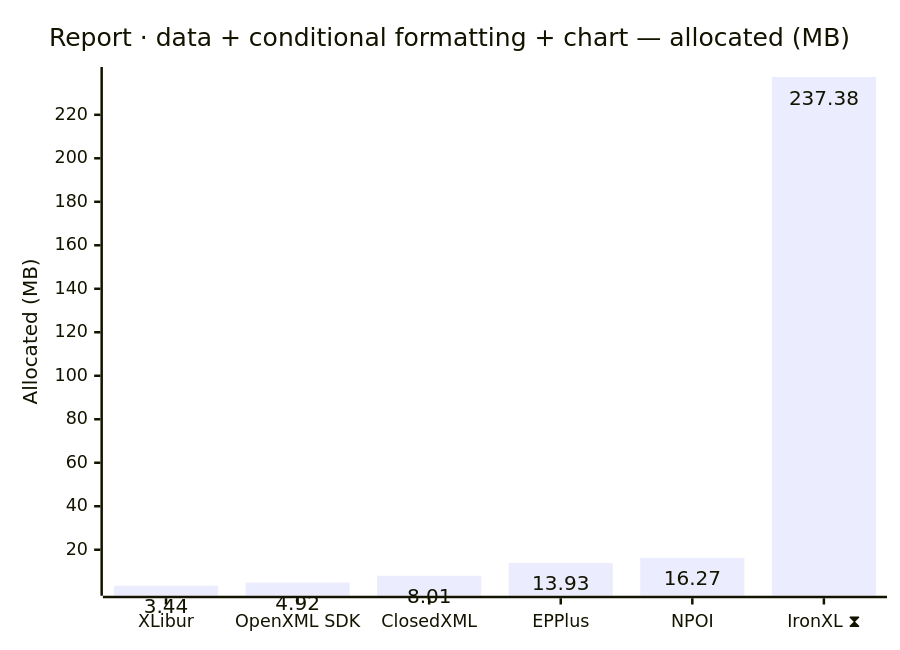
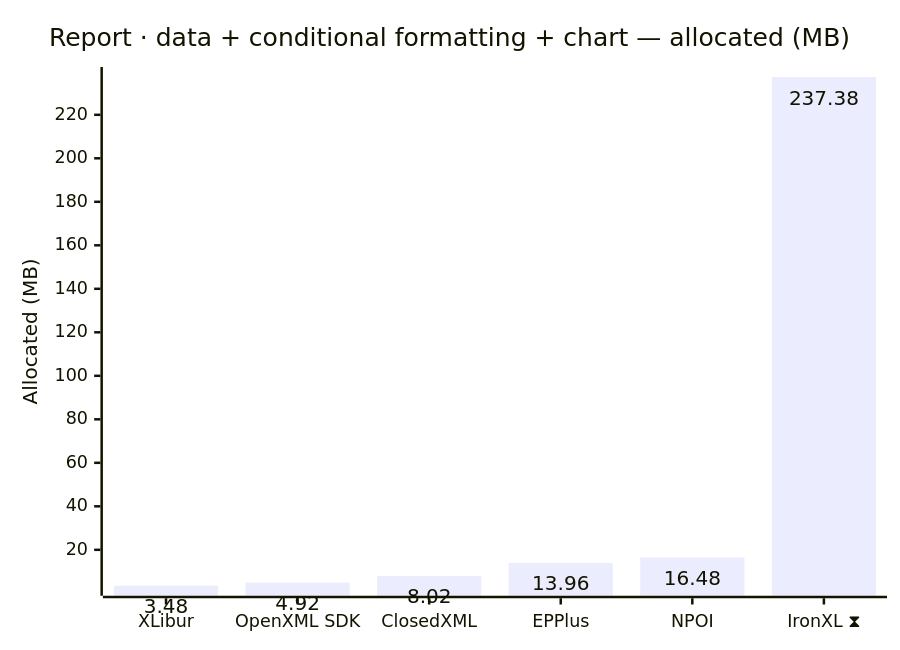
The eighth of 12 diagrams in docs/results-ci.md (jafin/XLBench), drawn with Mermaid before and after one commit. The commit also changed other lines of this file, not shown here.

````diff
--- a/docs/results-ci.md
+++ b/docs/results-ci.md
@@ -132,12 +132,12 @@
 ```mermaid
 ---
 config:
   xyChart:
     showDataLabel: true
 ---
 xychart-beta
     title "Report · data + conditional formatting + chart — allocated (MB)"
     x-axis ["XLibur", "OpenXML SDK", "ClosedXML", "EPPlus", "NPOI", "IronXL ⧗"]
     y-axis "Allocated (MB)"
-    bar [3.44, 4.92, 8.01, 13.93, 16.27, 237.38]
+    bar [3.48, 4.92, 8.02, 13.96, 16.48, 237.38]
 ```
````
